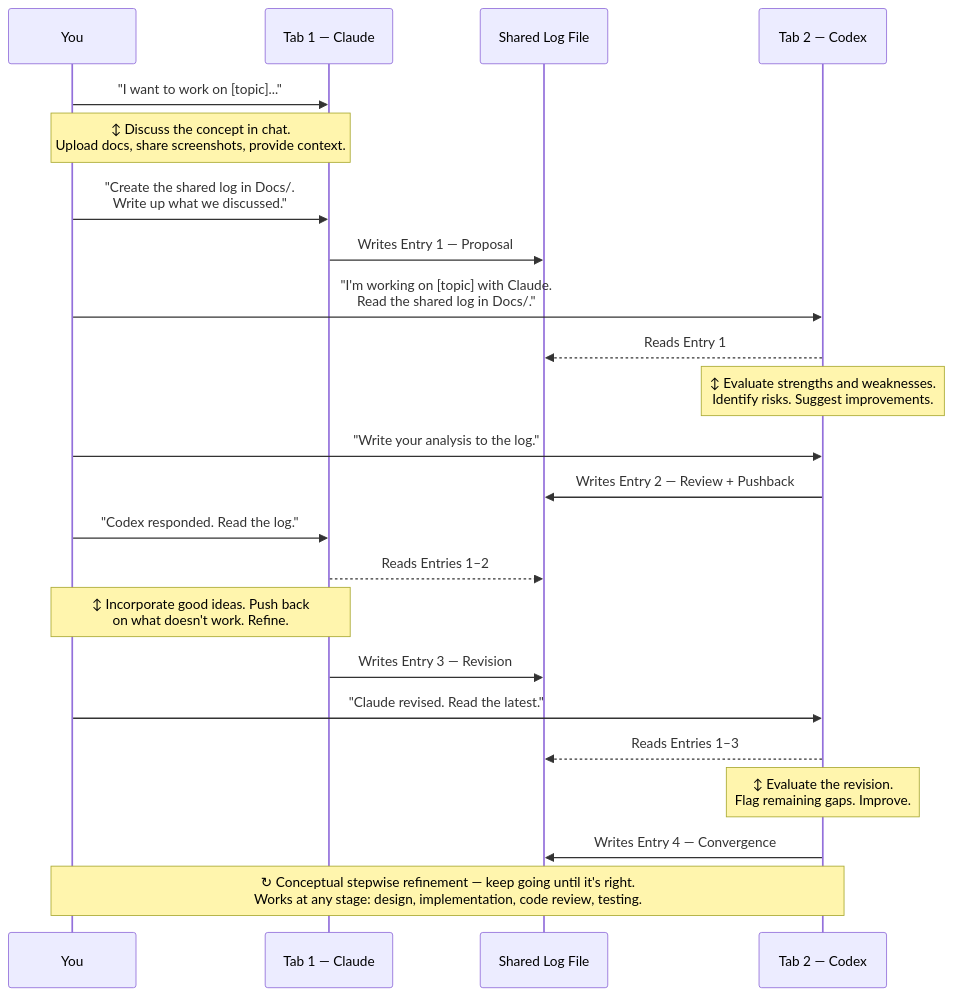
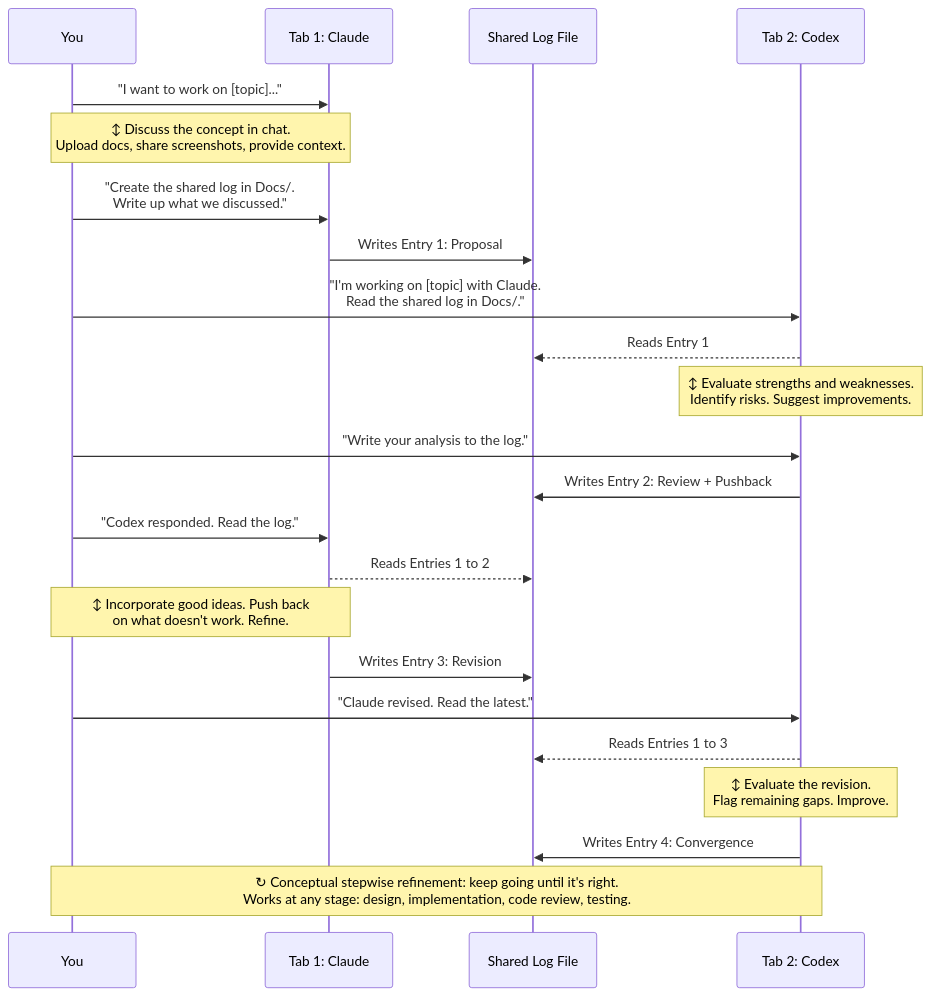
Before and after one commit to TheGameWiz/Measure-Twice-Cut-Once: the diagram in Articles/Two-Tabs-and-a-Log-File.md, drawn with Mermaid. The commit also changed other lines of this file and 7 other files, not shown here.

````diff
--- a/Articles/Two-Tabs-and-a-Log-File.md
+++ b/Articles/Two-Tabs-and-a-Log-File.md
@@ -58,30 +60,30 @@
 ```mermaid
 sequenceDiagram
     participant You
-    participant Tab1 as Tab 1 — Claude
+    participant Tab1 as Tab 1: Claude
     participant Log as Shared Log File
-    participant Tab2 as Tab 2 — Codex
+    participant Tab2 as Tab 2: Codex
 
     You->>Tab1: "I want to work on [topic]..."
     Note over You,Tab1: ↕ Discuss the concept in chat.<br/>Upload docs, share screenshots, provide context.
     You->>Tab1: "Create the shared log in Docs/.<br/>Write up what we discussed."
-    Tab1->>Log: Writes Entry 1 — Proposal
+    Tab1->>Log: Writes Entry 1: Proposal
 
     You->>Tab2: "I'm working on [topic] with Claude.<br/>Read the shared log in Docs/."
     Tab2-->>Log: Reads Entry 1
     Note over Tab2,Tab2: ↕ Evaluate strengths and weaknesses.<br/>Identify risks. Suggest improvements.
     You->>Tab2: "Write your analysis to the log."
-    Tab2->>Log: Writes Entry 2 — Review + Pushback
+    Tab2->>Log: Writes Entry 2: Review + Pushback
 
     You->>Tab1: "Codex responded. Read the log."
-    Tab1-->>Log: Reads Entries 1–2
+    Tab1-->>Log: Reads Entries 1 to 2
     Note over You,Tab1: ↕ Incorporate good ideas. Push back<br/>on what doesn't work. Refine.
-    Tab1->>Log: Writes Entry 3 — Revision
+    Tab1->>Log: Writes Entry 3: Revision
 
     You->>Tab2: "Claude revised. Read the latest."
-    Tab2-->>Log: Reads Entries 1–3
+    Tab2-->>Log: Reads Entries 1 to 3
     Note over Tab2,Tab2: ↕ Evaluate the revision.<br/>Flag remaining gaps. Improve.
-    Tab2->>Log: Writes Entry 4 — Convergence
+    Tab2->>Log: Writes Entry 4: Convergence
 
-    Note over You,Tab2: ↻ Conceptual stepwise refinement — keep going until it's right.<br/>Works at any stage: design, implementation, code review, testing.
+    Note over You,Tab2: ↻ Conceptual stepwise refinement: keep going until it's right.<br/>Works at any stage: design, implementation, code review, testing.
 ```
````
